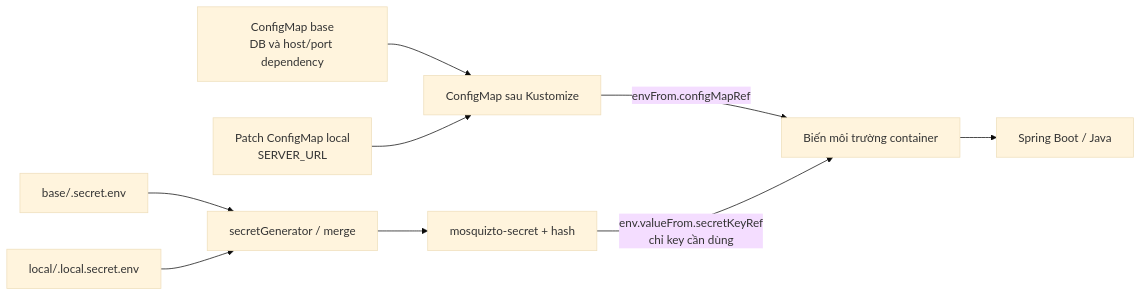
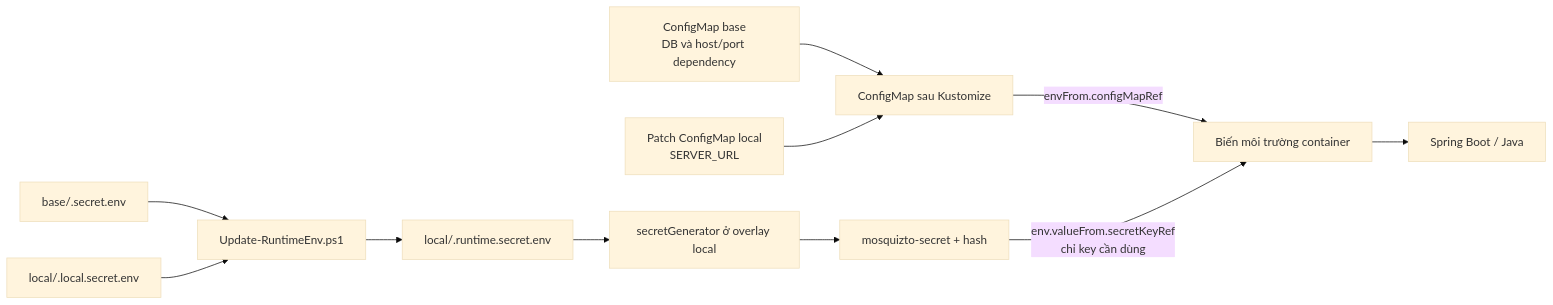
One commit to Dat-se40/mosquizto-gitops changed the second of 2 diagrams in base/README.md. Above: the diagram before and after it, drawn with Mermaid (base theme). The commit also changed other lines of this file and 23 other files, not shown here.

````diff
--- a/base/README.md
+++ b/base/README.md
@@ -69,11 +69,12 @@
 ```mermaid
 flowchart LR
     base["ConfigMap base\nDB và host/port dependency"] --> config["ConfigMap sau Kustomize"]
     overlay["Patch ConfigMap local\nSERVER_URL"] --> config
     config -->|"envFrom.configMapRef"| env["Biến môi trường container"]
-    shared["base/.secret.env"] --> generator["secretGenerator / merge"]
-    local["local/.local.secret.env"] --> generator
+    shared["base/.secret.env"] --> merge["Update-RuntimeEnv.ps1"]
+    local["local/.local.secret.env"] --> merge
+    merge --> runtime["local/.runtime.secret.env"] --> generator["secretGenerator ở overlay local"]
     generator --> secret["mosquizto-secret + hash"]
     secret -->|"env.valueFrom.secretKeyRef\nchỉ key cần dùng"| env
     env --> app["Spring Boot / Java"]
 ```
````
